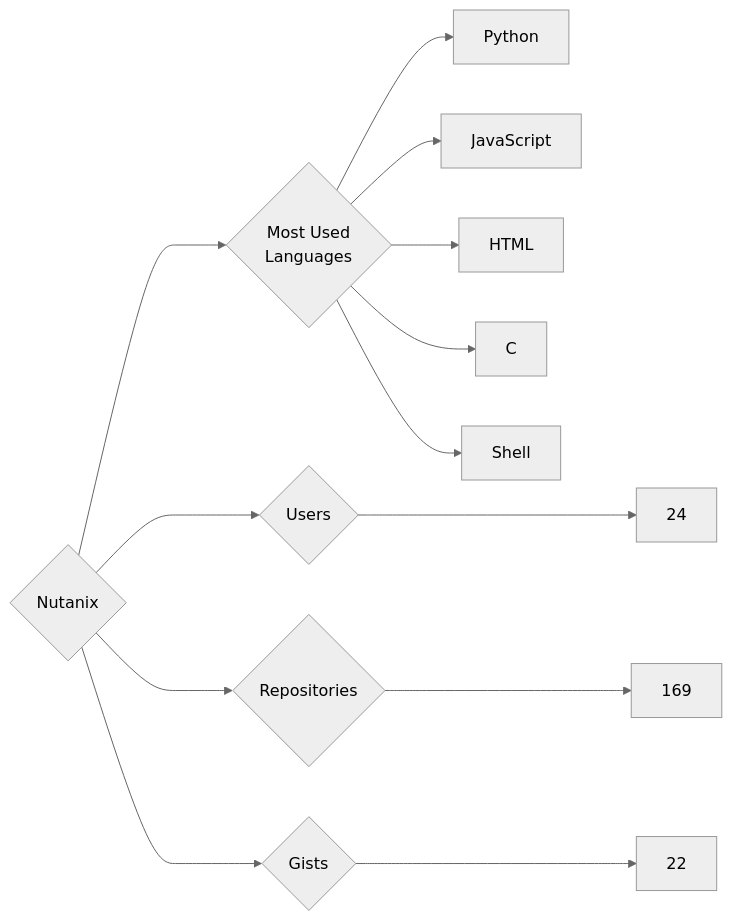
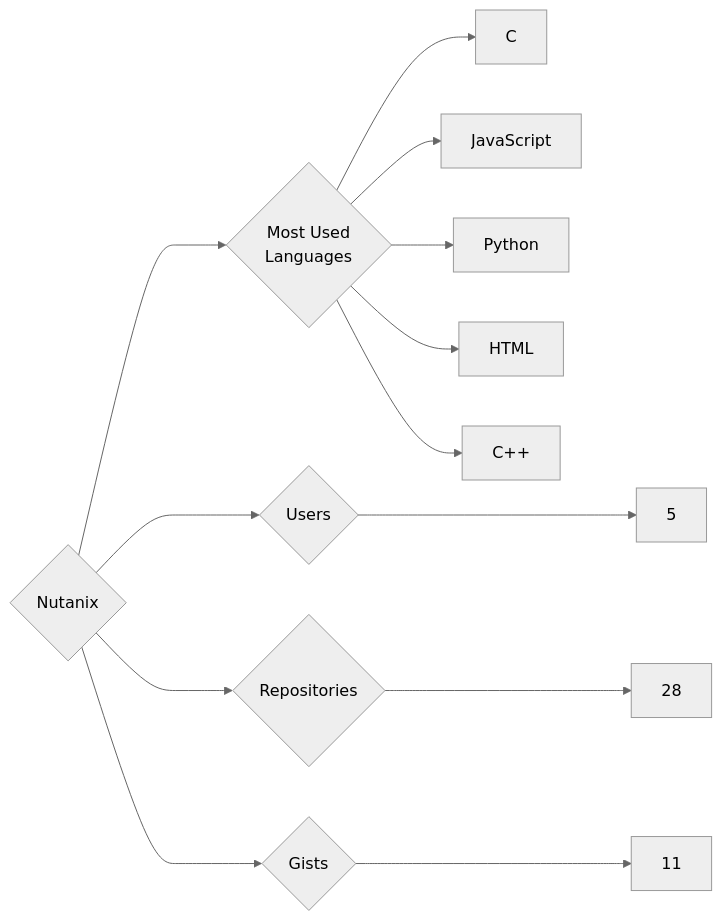
The diagram in targets/Nutanix/README.md (trickest/insiders), drawn with Mermaid (neutral theme) before and after one commit. The commit also changed 1011 other files, not shown here.

````diff
--- a/targets/Nutanix/README.md
+++ b/targets/Nutanix/README.md
@@ -3,13 +3,13 @@
 ```mermaid
 graph LR
 COMPANY_NAME{Nutanix}
-COMPANY_NAME ---> U{Users} ---> UN[24]
-COMPANY_NAME ---> R{Repositories} ---> RN[169]
-COMPANY_NAME ---> G{Gists} ---> GN[22]
+COMPANY_NAME ---> U{Users} ---> UN[5]
+COMPANY_NAME ---> R{Repositories} ---> RN[28]
+COMPANY_NAME ---> G{Gists} ---> GN[11]
 COMPANY_NAME ---> ML{Most Used<br>Languages}
+ML --> C[C]
+ML --> JavaScript[JavaScript]
 ML --> Python[Python]
-ML --> JavaScript[JavaScript]
 ML --> HTML[HTML]
-ML --> C[C]
-ML --> Shell[Shell]
+ML --> C++[C++]
 ```
````
